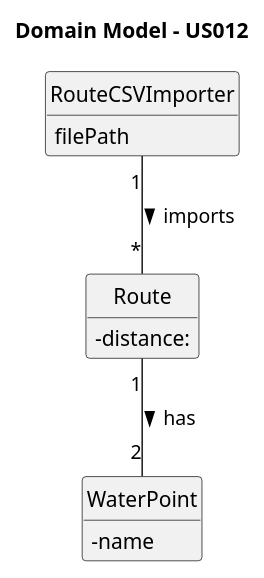
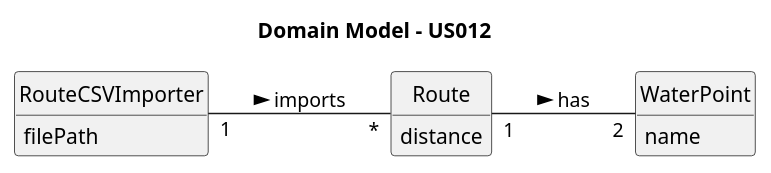
One commit to ricardomm7/leaflink changed the diagram in docs/sprintB/us012/02.analysis/puml/us012-domain-model.puml. Above: the diagram before and after it, drawn with PlantUML. The commit also changed 10 other files, not shown here.

```diff
--- a/docs/sprintB/us012/02.analysis/puml/us012-domain-model.puml
+++ b/docs/sprintB/us012/02.analysis/puml/us012-domain-model.puml
@@ -1,32 +1,32 @@
 @startuml
 skinparam monochrome true
 skinparam packageStyle rectangle
 skinparam shadowing false
 
-'left to right direction
+left to right direction
 
 skinparam classAttributeIconSize 0
 
 hide circle
 hide methods
 
 title Domain Model - US012
 
 class WaterPoint {
-    - name
+    name
 
 }
 
 class Route {
 
-    - distance:
+    distance
 }
 
 class RouteCSVImporter {
     filePath
 }
 
 Route "1" -- "2" WaterPoint: has  >
 RouteCSVImporter "1" -- "*" Route: imports >
 
 @enduml
```
